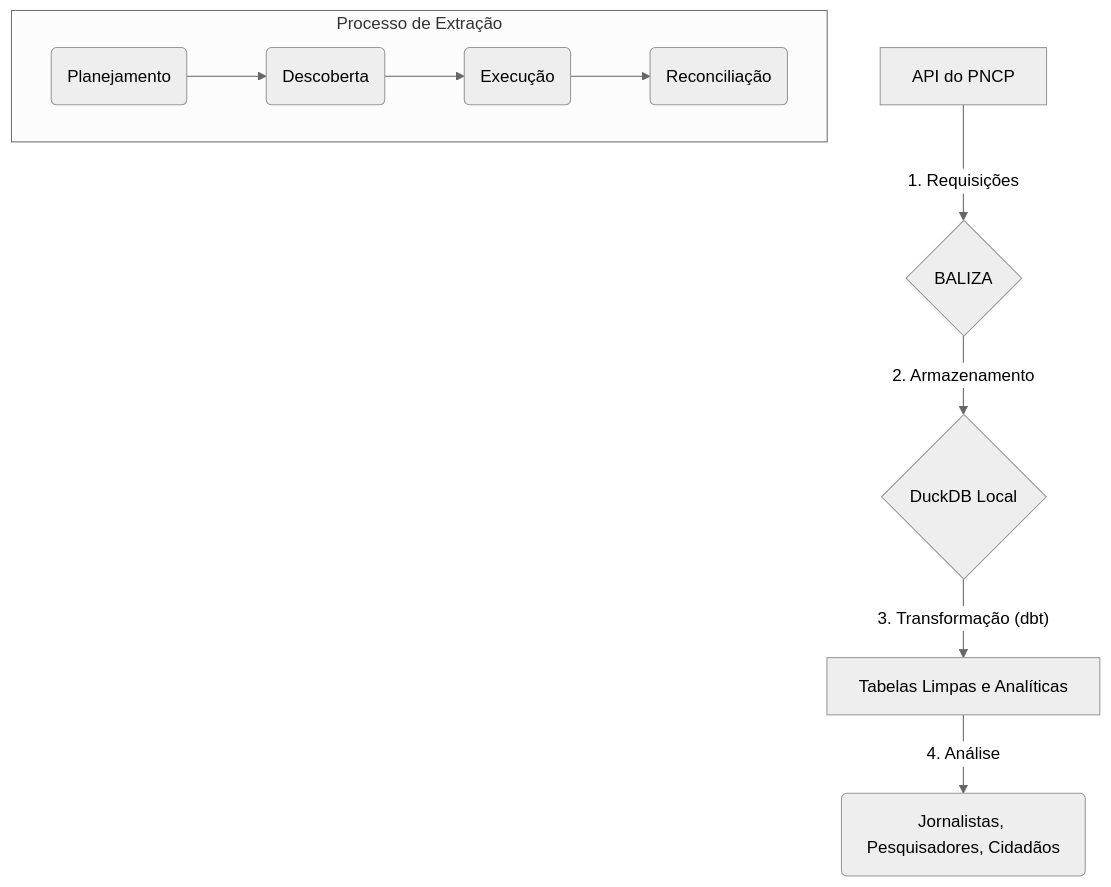
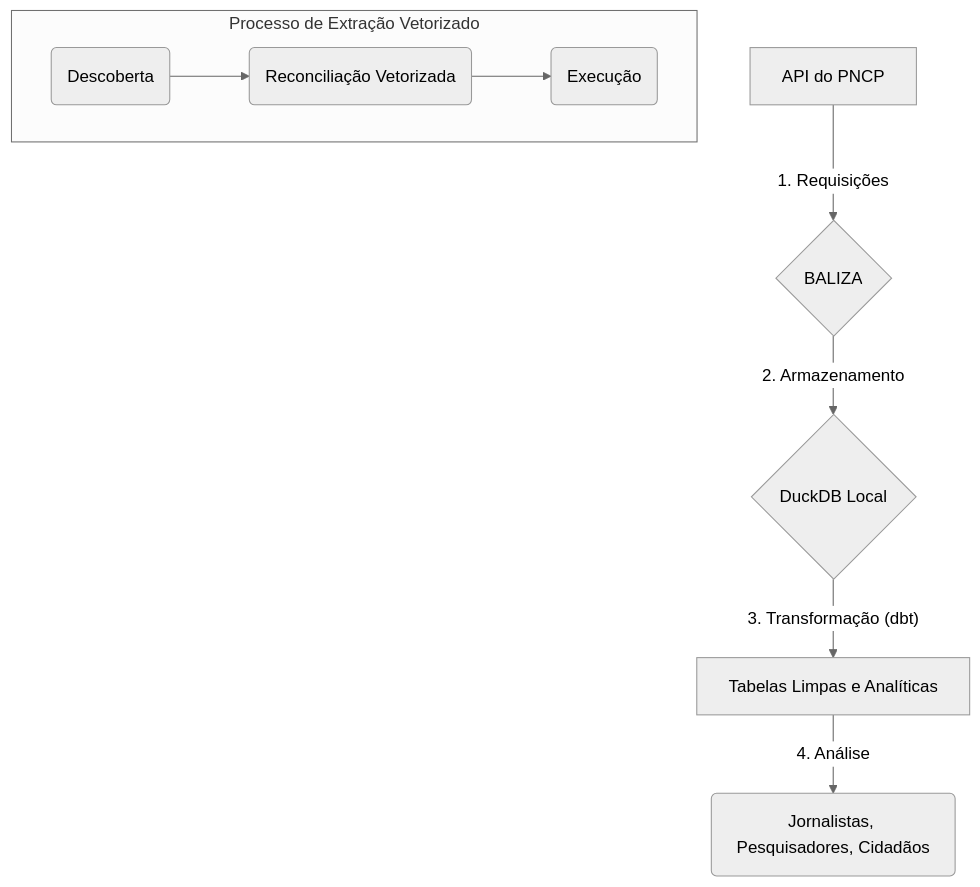
One commit to franklinbaldo/baliza changed the diagram in README.md. Above: the diagram before and after it, drawn with Mermaid (neutral theme). The commit also changed other lines of this file and 4 other files, not shown here.

````diff
--- a/README.md
+++ b/README.md
@@ -108,11 +108,11 @@
 ```mermaid
 flowchart TD
     A[API do PNCP] -->|1. Requisições| B{BALIZA};
-    subgraph BALIZA [Processo de Extração]
+    subgraph BALIZA [Processo de Extração Vetorizado]
         direction LR
-        B1(Planejamento) --> B2(Descoberta) --> B3(Execução) --> B4(Reconciliação);
+        B1(Descoberta) --> B2(Reconciliação Vetorizada) --> B3(Execução);
     end
     B -->|2. Armazenamento| C{DuckDB Local};
     C -- "3. Transformação (dbt)" --> D[Tabelas Limpas e Analíticas];
     D -->|4. Análise| E(Jornalistas, Pesquisadores, Cidadãos);
 ```
````
